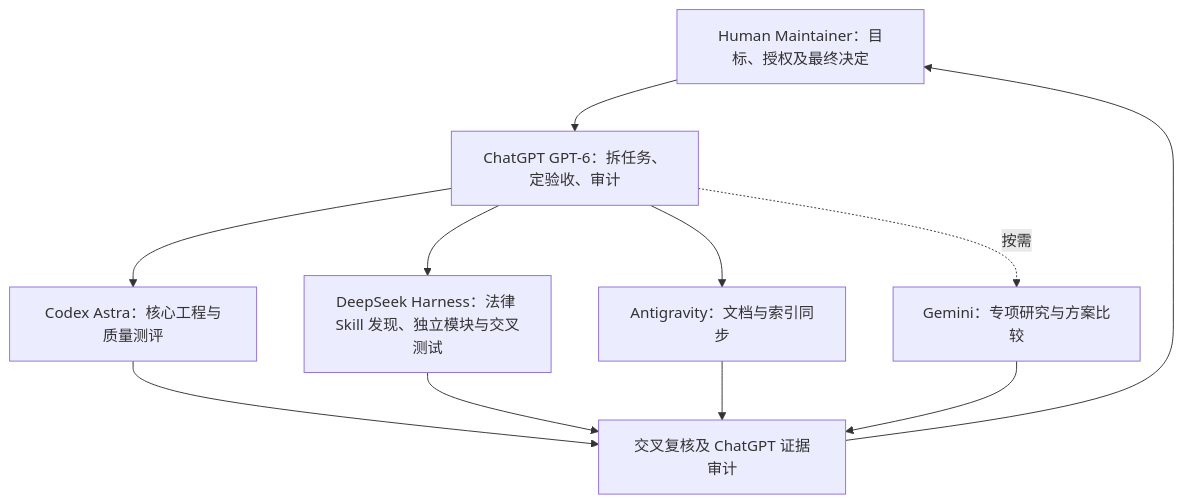
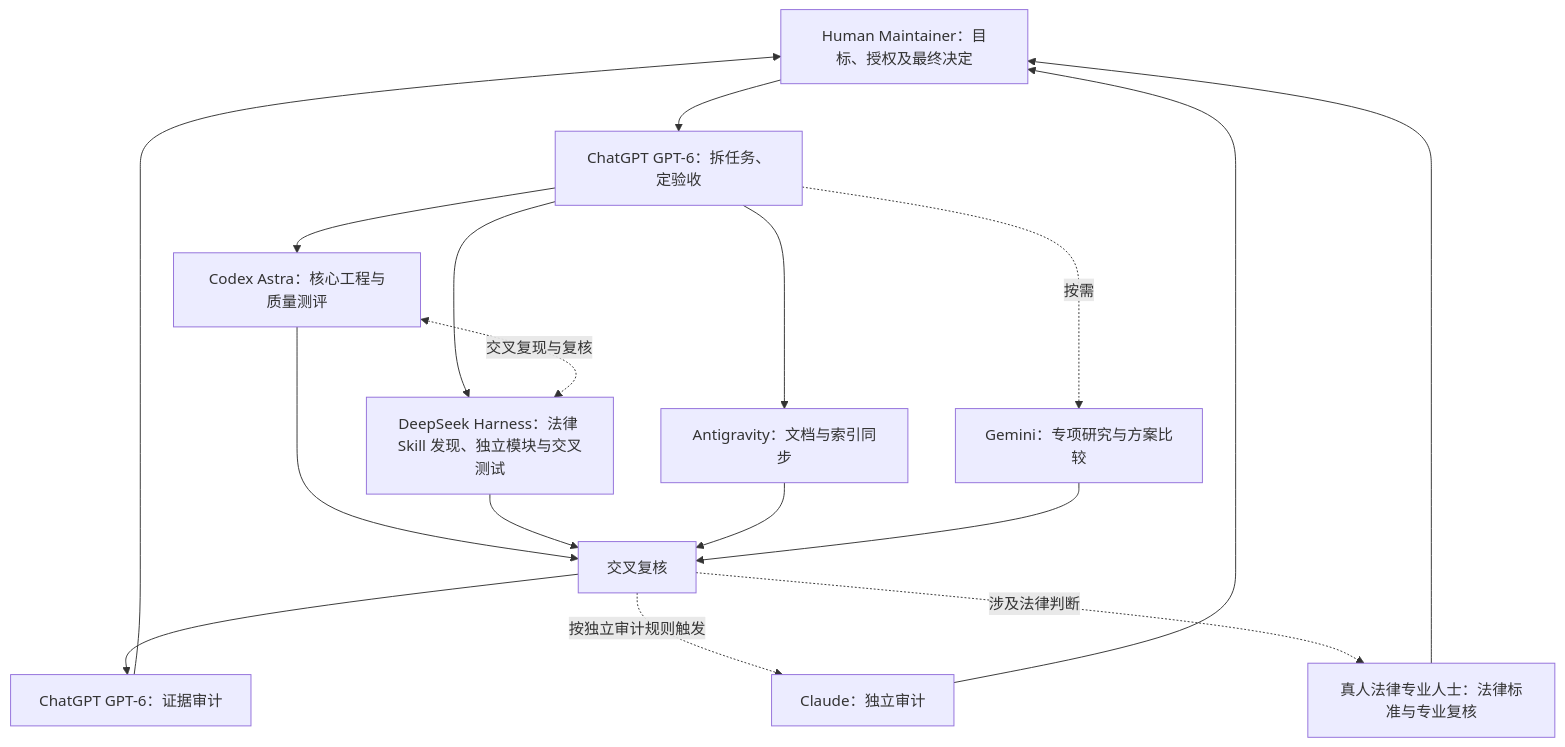
One commit to fitalex/LexRouter changed the diagram in AGENTS.md. Above: the diagram before and after it, drawn with Mermaid. The commit also changed other lines of this file, not shown here.

First line of the commit message:
docs(gov): introduce Claude independent audit collaboration V2.2 (#27)

````diff
--- a/AGENTS.md
+++ b/AGENTS.md
@@ -36,13 +46,19 @@
 ```mermaid
 flowchart TD
-    H["Human Maintainer：目标、授权及最终决定"] --> C["ChatGPT GPT-6：拆任务、定验收、审计"]
+    H["Human Maintainer：目标、授权及最终决定"] --> C["ChatGPT GPT-6：拆任务、定验收"]
     C --> E["Codex Astra：核心工程与质量测评"]
     C --> D["DeepSeek Harness：法律 Skill 发现、独立模块与交叉测试"]
     C --> A["Antigravity：文档与索引同步"]
     C -. 按需 .-> G["Gemini：专项研究与方案比较"]
-    E --> R["交叉复核及 ChatGPT 证据审计"]
+    E <-. 交叉复现与复核 .-> D
+    E --> R["交叉复核"]
     D --> R
     A --> R
     G --> R
-    R --> H
+    R --> C2["ChatGPT GPT-6：证据审计"]
+    R -. 按独立审计规则触发 .-> L["Claude：独立审计"]
+    R -. 涉及法律判断 .-> P["真人法律专业人士：法律标准与专业复核"]
+    C2 --> H
+    L --> H
+    P --> H
 ```
````
